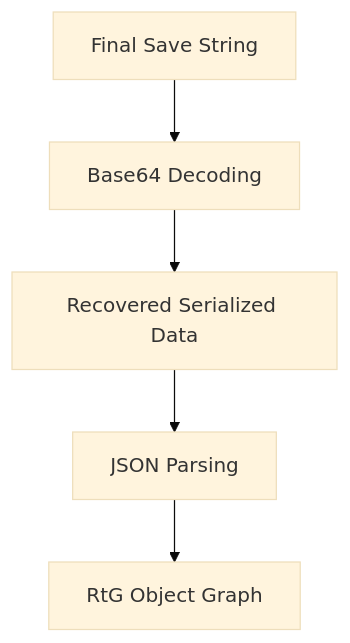
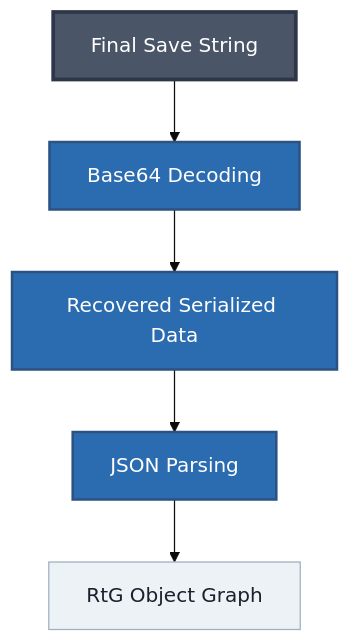
One commit to JuanCrakYT/RtG-Format changed the fourth of 11 diagrams in compression/encoding.md. Above: the diagram before and after it, drawn with Mermaid (base theme). The commit also changed other lines of this file and 1 other file, not shown here.

Commit message:
Starting Mermaid

````diff
--- a/compression/encoding.md
+++ b/compression/encoding.md
@@ -231,7 +255,15 @@
 ```mermaid
 flowchart TD
     A["Final Save String"] --> B["Base64 Decoding"]
     B --> C["Recovered Serialized Data"]
     C --> D["JSON Parsing"]
     D --> E["RtG Object Graph"]
+
+    classDef root fill:#4a5568,color:#fff,stroke:#2d3748,stroke-width:3px;
+    classDef branch fill:#2b6cb0,color:#fff,stroke:#2c5282,stroke-width:2px;
+    classDef detail fill:#edf2f7,color:#1a202c,stroke:#a0aec0;
+
+    class A root;
+    class B,C,D branch;
+    class E detail;
 ```
````
